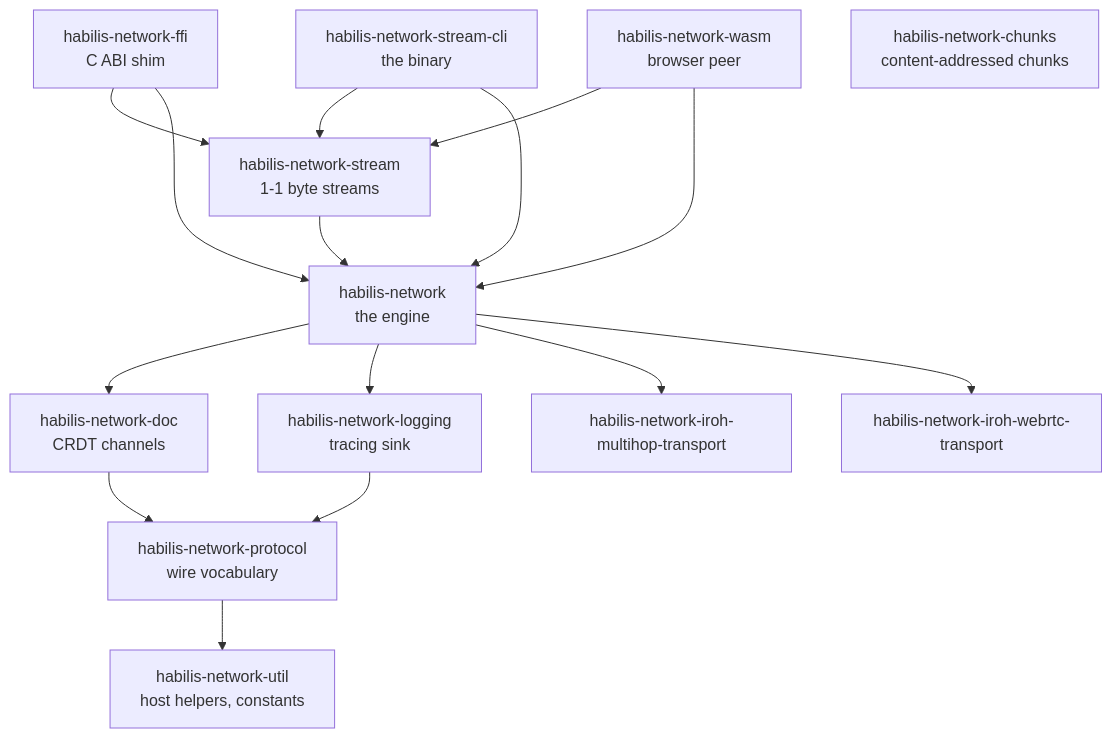
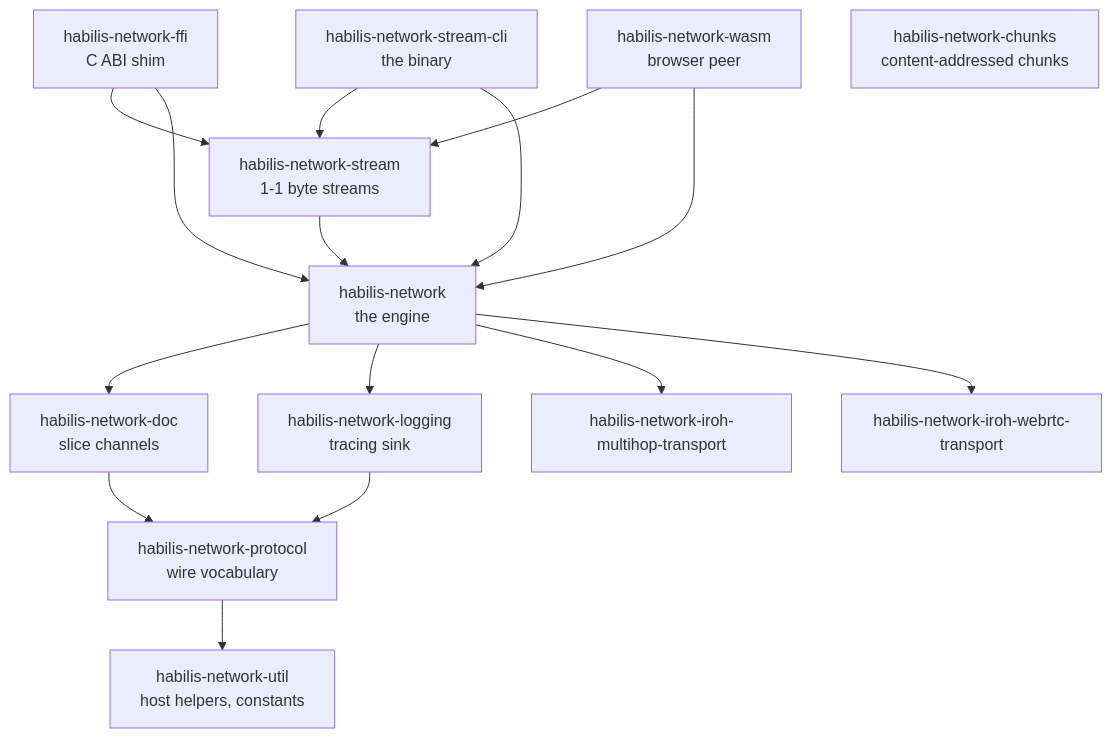
One commit to agent-habilis/habilis-network changed the second of 10 diagrams in docs/architecture.md. Above: the diagram before and after it, drawn with Mermaid. The commit also changed other lines of this file and 196 other files, not shown here.

````diff
--- a/docs/architecture.md
+++ b/docs/architecture.md
@@ -88,18 +88,18 @@
 ```mermaid
 graph TD
     ffi["habilis-network-ffi<br>C ABI shim"] --> stream["habilis-network-stream<br>1-1 byte streams"]
     wasm["habilis-network-wasm<br>browser peer"] --> stream
     cli["habilis-network-stream-cli<br>the binary"] --> stream
     cli --> engine
     ffi --> engine
     wasm --> engine
     stream --> engine
-    engine["habilis-network<br>the engine"] --> doc["habilis-network-doc<br>CRDT channels"]
+    engine["habilis-network<br>the engine"] --> doc["habilis-network-doc<br>slice channels"]
     engine --> logging["habilis-network-logging<br>tracing sink"]
     engine --> mh["habilis-network-iroh-multihop-transport"]
     engine --> webrtc["habilis-network-iroh-webrtc-transport"]
     doc --> proto["habilis-network-protocol<br>wire vocabulary"]
     logging --> proto
     proto --> util["habilis-network-util<br>host helpers, constants"]
     chunks["habilis-network-chunks<br>content-addressed chunks"]
 ```
````
